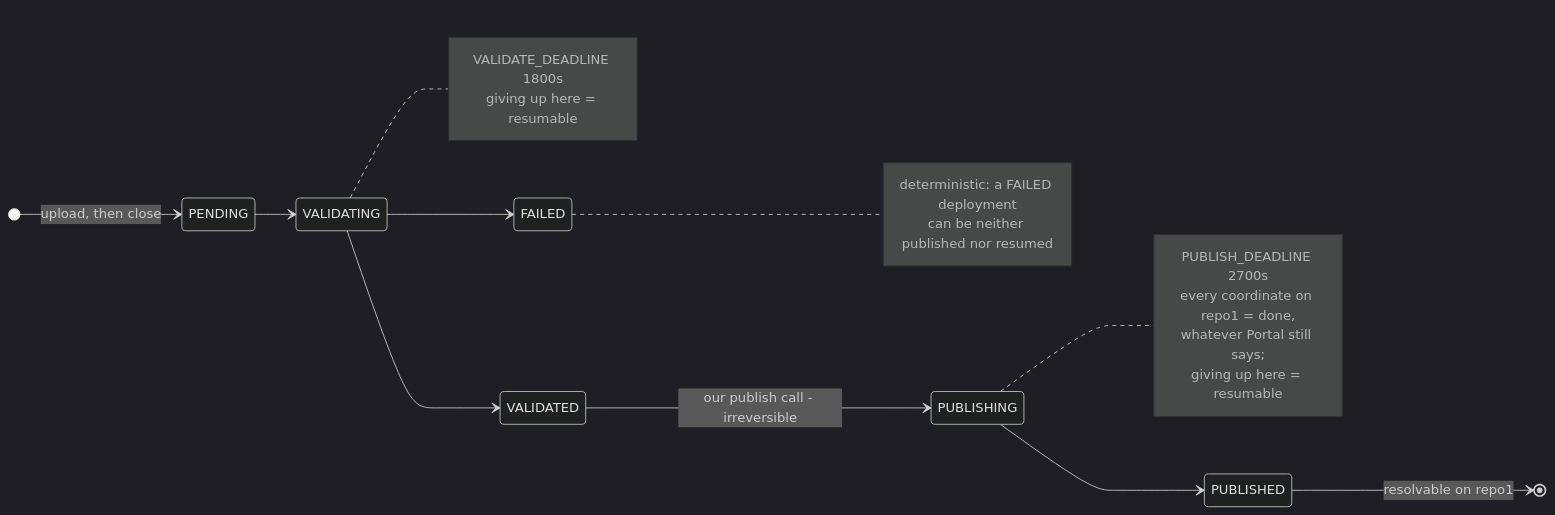
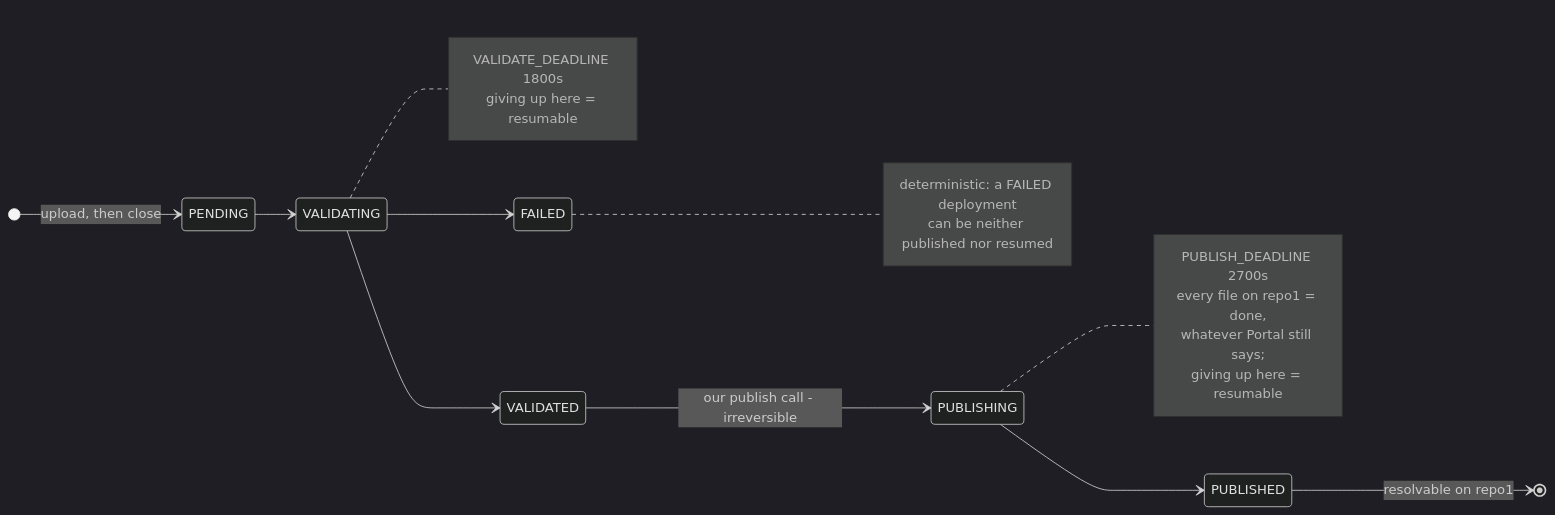
Before and after one commit to octopusden/octopus-base: the fourth of 5 diagrams in docs/Octopus Release Pipeline.md, drawn with Mermaid (dark theme). The commit also changed other lines of this file and 3 other files, not shown here.

First line of the commit message:
fix(release): require every file of the deployment on repo1 before treating a PUBLISHING deployment as published

````diff
--- a/docs/Octopus Release Pipeline.md
+++ b/docs/Octopus Release Pipeline.md
@@ -387,26 +387,26 @@
 ```mermaid
 stateDiagram-v2
     direction LR
     [*] --> PENDING: upload, then close
     PENDING --> VALIDATING
     VALIDATING --> VALIDATED
     VALIDATING --> FAILED
     VALIDATED --> PUBLISHING: our publish call - irreversible
     PUBLISHING --> PUBLISHED
     PUBLISHED --> [*]: resolvable on repo1
 
     note right of VALIDATING
         VALIDATE_DEADLINE 1800s
         giving up here = resumable
     end note
     note right of PUBLISHING
         PUBLISH_DEADLINE 2700s
-        every coordinate on repo1 = done,
+        every file on repo1 = done,
         whatever Portal still says;
         giving up here = resumable
     end note
     note right of FAILED
         deterministic: a FAILED deployment
         can be neither published nor resumed
     end note
 ```
````
